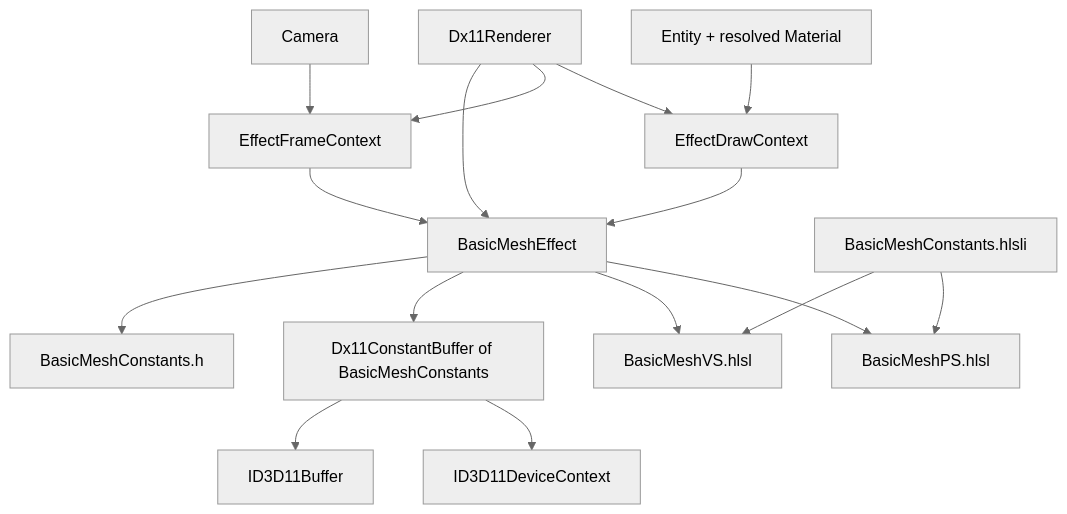
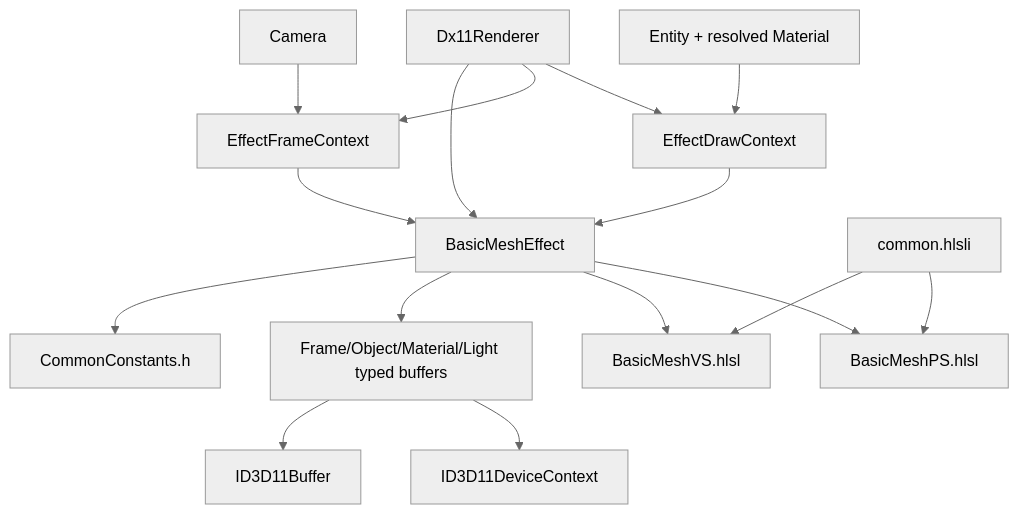
The fourth of 4 diagrams in docs/architecture.md (ELPSYKONGR/LRenderDemo), drawn with Mermaid (neutral theme) before and after one commit. The commit also changed other lines of this file and 76 other files, not shown here.

Commit message:
snapshot: common shader and effect framework

````diff
--- a/docs/architecture.md
+++ b/docs/architecture.md
@@ -84,18 +84,18 @@
 ```mermaid
 graph TD
     Renderer[Dx11Renderer] --> Effect[BasicMeshEffect]
     Camera[Camera] --> Frame[EffectFrameContext]
     Entity[Entity + resolved Material] --> Draw[EffectDrawContext]
     Renderer --> Frame
     Renderer --> Draw
     Frame --> Effect
     Draw --> Effect
-    Effect --> CpuLayout[BasicMeshConstants.h]
-    Effect --> Buffer[Dx11ConstantBuffer of BasicMeshConstants]
+    Effect --> CpuLayout[CommonConstants.h]
+    Effect --> Buffer[Frame/Object/Material/Light typed buffers]
     Buffer --> D3DBuffer[ID3D11Buffer]
     Buffer --> Context[ID3D11DeviceContext]
-    HlslLayout[BasicMeshConstants.hlsli] --> VS[BasicMeshVS.hlsl]
+    HlslLayout[common.hlsli] --> VS[BasicMeshVS.hlsl]
     HlslLayout --> PS[BasicMeshPS.hlsl]
     Effect --> VS
     Effect --> PS
 ```
````
